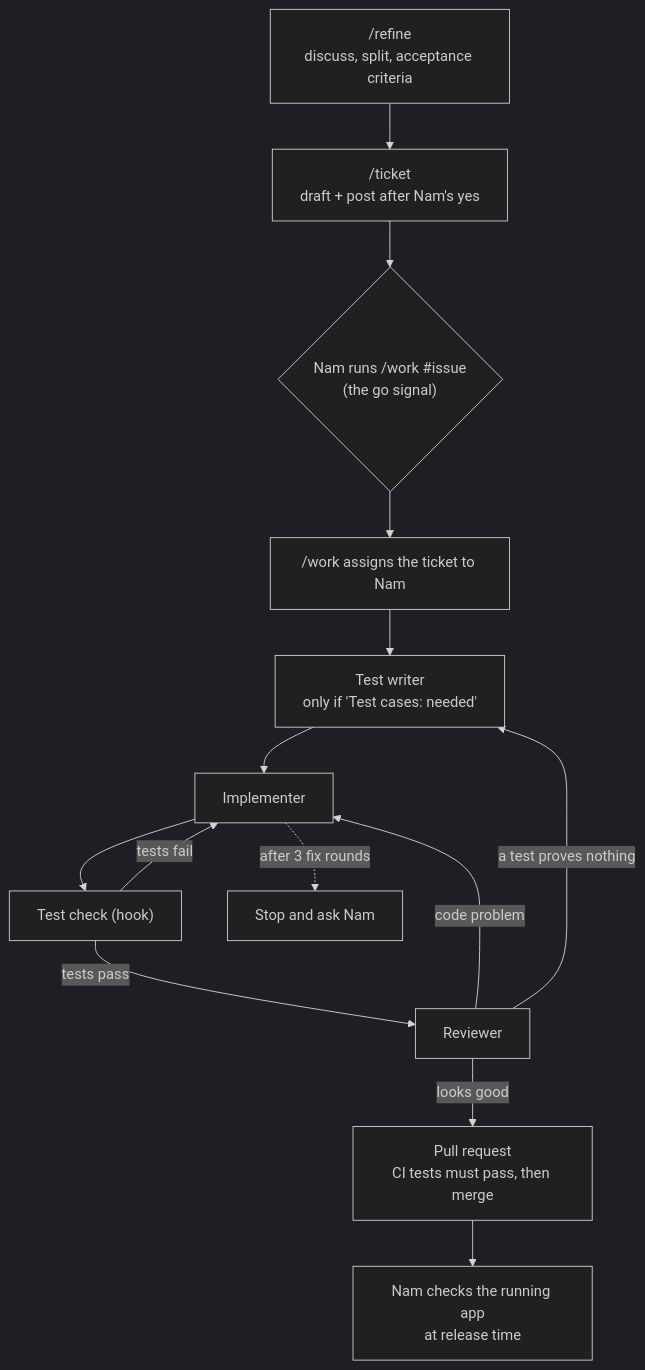
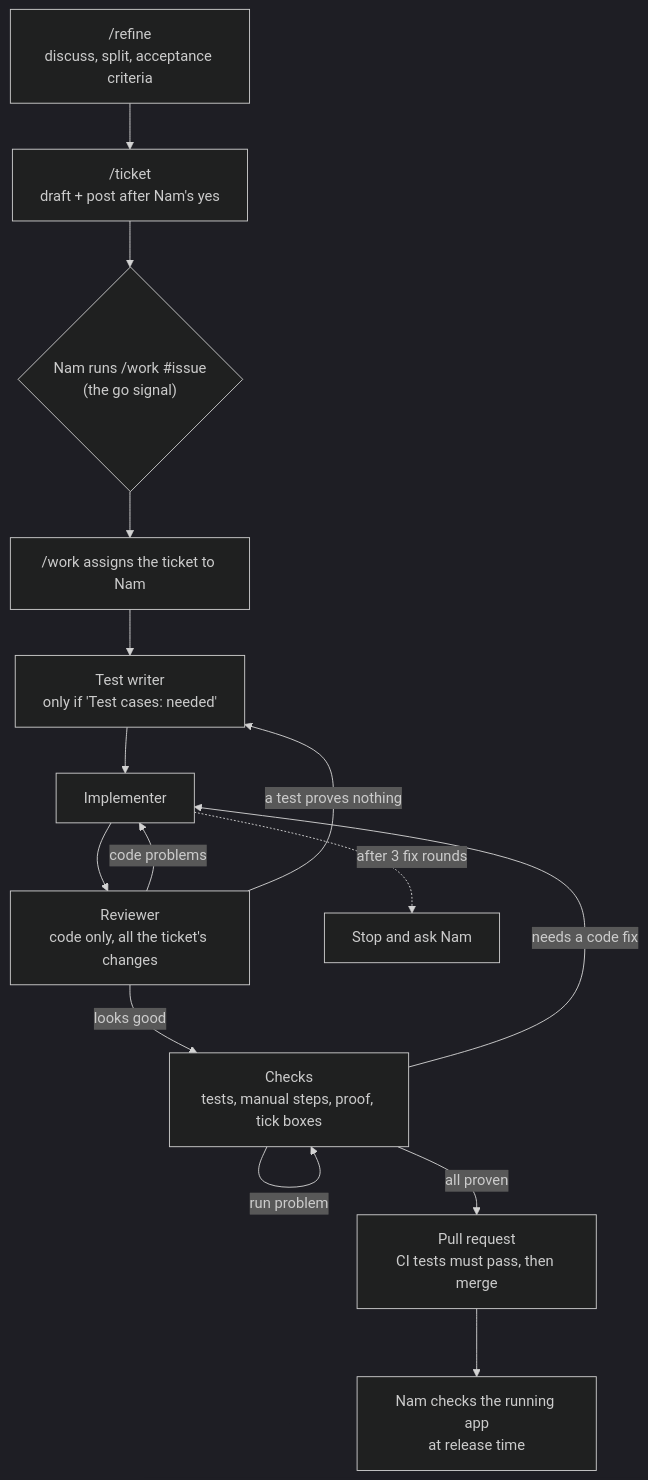
One commit to nampham2101/lotteryScanV2 changed the diagram in docs/WORKFLOW.md. Above: the diagram before and after it, drawn with Mermaid (dark theme). The commit also changed other lines of this file and 5 other files, not shown here.

Commit message:
feat(skills): run the reviewer before the checks in /work

````diff
--- a/docs/WORKFLOW.md
+++ b/docs/WORKFLOW.md
@@ -9,16 +9,17 @@
 ```mermaid
 flowchart TD
   A["/refine<br/>discuss, split, acceptance criteria"] --> B["/ticket<br/>draft + post after Nam's yes"]
   B --> C{"Nam runs /work #issue<br/>(the go signal)"}
   C --> D["/work assigns the ticket to Nam"]
   D --> E["Test writer<br/>only if 'Test cases: needed'"]
   E --> F["Implementer"]
-  F --> G["Test check (hook)"]
-  G -- "tests fail" --> F
-  G -- "tests pass" --> H["Reviewer"]
-  H -- "code problem" --> F
+  F --> H["Reviewer<br/>code only, all the ticket's changes"]
+  H -- "code problems" --> F
   H -- "a test proves nothing" --> E
-  H -- "looks good" --> I["Pull request<br/>CI tests must pass, then merge"]
+  H -- "looks good" --> G["Checks<br/>tests, manual steps, proof, tick boxes"]
+  G -- "needs a code fix" --> F
+  G -- "run problem" --> G
+  G -- "all proven" --> I["Pull request<br/>CI tests must pass, then merge"]
   I --> J["Nam checks the running app<br/>at release time"]
   F -. "after 3 fix rounds" .-> K["Stop and ask Nam"]
 ```
````
